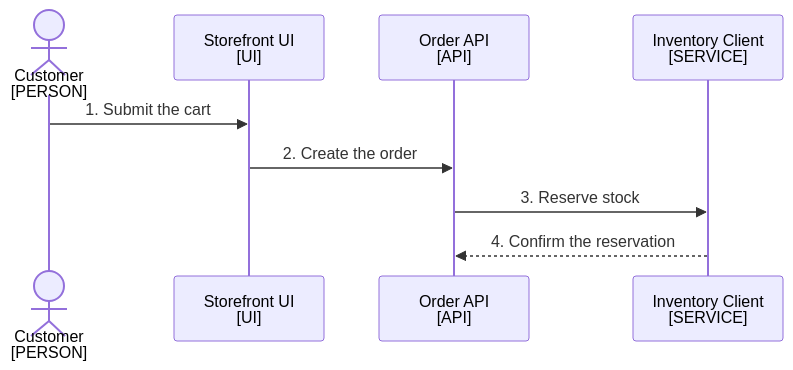
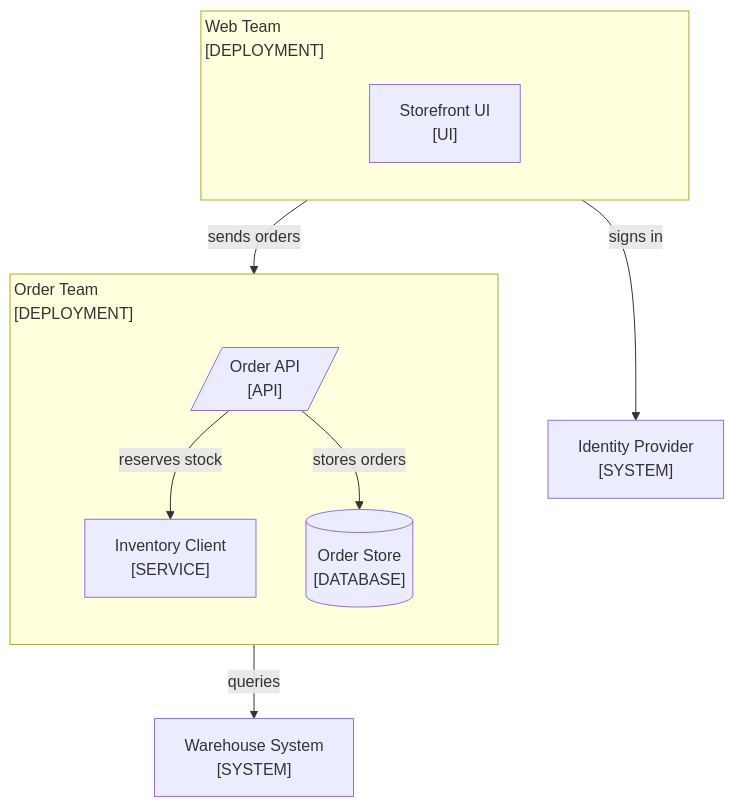
One commit to choonchernlim/skills changed the diagram in skills/docsmith/scripts/fixtures/good/docs/architecture.md. Above: the diagram before and after it, drawn with Mermaid. The commit also changed other lines of this file and 31 other files, not shown here.

````diff
--- a/skills/docsmith/scripts/fixtures/good/docs/architecture.md
+++ b/skills/docsmith/scripts/fixtures/good/docs/architecture.md
@@ -15,12 +15,30 @@
 ```mermaid
-sequenceDiagram
-  actor Customer as Customer<br/>[PERSON]
-  participant Browser as Storefront UI<br/>[UI]
-  participant Route as Order API<br/>[API]
-  participant Inventory as Inventory Client<br/>[SERVICE]
+---
+config:
+  flowchart:
+    subGraphTitleMargin:
+      top: 4
+      bottom: 32
+---
+flowchart TD
+  subgraph Web["<span style='display:inline-block;width:480px;text-align:left'>Web Team<br/>[DEPLOYMENT]</span>"]
+    direction TB
+    Browser["Storefront UI<br/>[UI]"]
+  end
 
-  Customer->>Browser: 1. Submit the cart
-  Browser->>Route: 2. Create the order
-  Route->>Inventory: 3. Reserve stock
-  Inventory-->>Route: 4. Confirm the reservation
+  subgraph Orders["<span style='display:inline-block;width:480px;text-align:left'>Order Team<br/>[DEPLOYMENT]</span>"]
+    direction TB
+    Route[/"Order API<br/>[API]"/]
+    Inventory["Inventory Client<br/>[SERVICE]"]
+    Store[("Order Store<br/>[DATABASE]")]
+  end
+
+  Identity["Identity Provider<br/>[SYSTEM]"]
+  Warehouse["Warehouse System<br/>[SYSTEM]"]
+
+  Browser -->|"signs in"| Identity
+  Browser -->|"sends orders"| Route
+  Route -->|"reserves stock"| Inventory
+  Route -->|"stores orders"| Store
+  Inventory -->|"queries"| Warehouse
 ```
````
